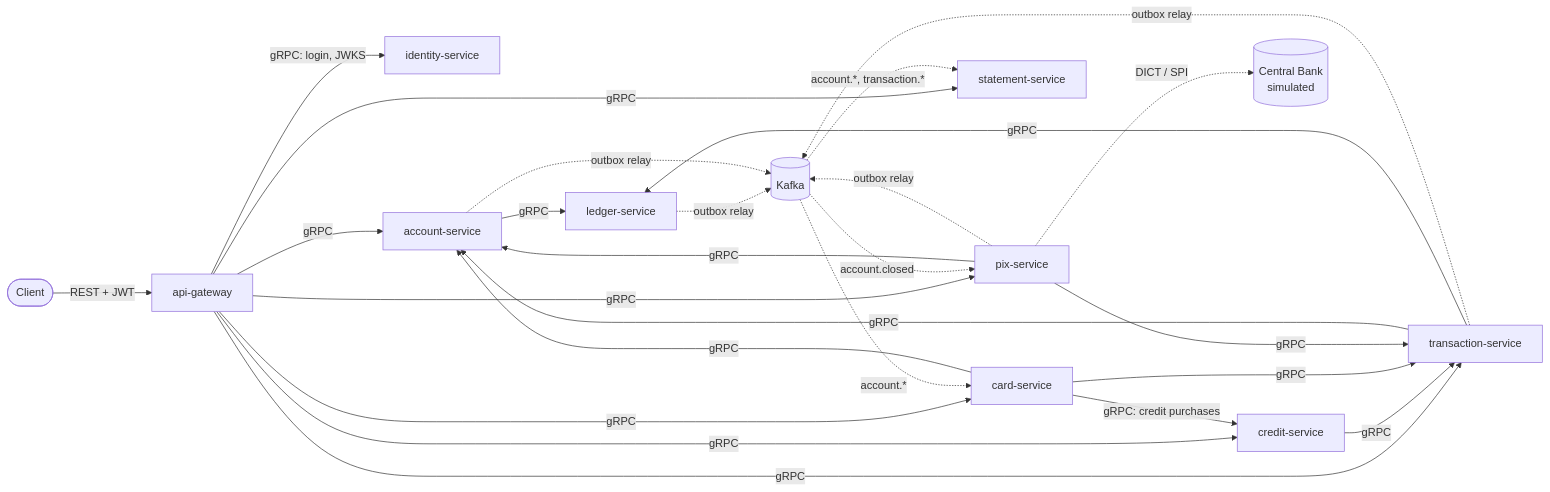
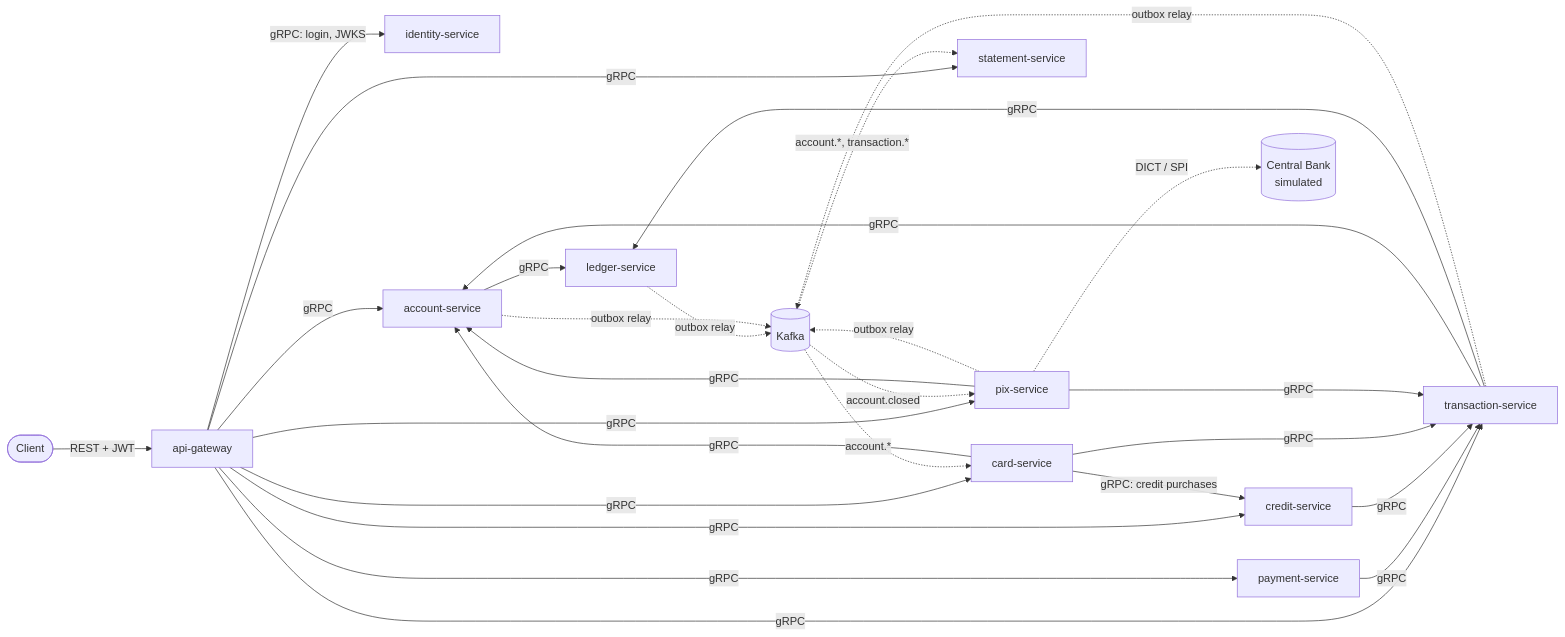
One commit to ViniciusMicarelli/digital-bank-platform changed the diagram in README.md. Above: the diagram before and after it, drawn with Mermaid. The commit also changed other lines of this file and 46 other files, not shown here.

````diff
--- a/README.md
+++ b/README.md
@@ -16,26 +16,28 @@
 ```mermaid
 flowchart LR
     C([Client]) -->|REST + JWT| GW[api-gateway]
     GW -->|gRPC: login, JWKS| IDN[identity-service]
     GW -->|gRPC| ACC[account-service]
     GW -->|gRPC| TRX[transaction-service]
     GW -->|gRPC| PIX[pix-service]
     GW -->|gRPC| STM[statement-service]
     GW -->|gRPC| CRD[card-service]
     GW -->|gRPC| CRE[credit-service]
+    GW -->|gRPC| PAY[payment-service]
+    PAY -->|gRPC| TRX
     CRD -->|gRPC: credit purchases| CRE
     CRE -->|gRPC| TRX
     CRD -->|gRPC| TRX
     CRD -->|gRPC| ACC
     PIX -->|gRPC| TRX
     PIX -->|gRPC| ACC
     PIX -.->|DICT / SPI| BCB[(Central Bank<br/>simulated)]
     TRX -->|gRPC| ACC
     TRX -->|gRPC| LED[ledger-service]
     ACC -->|gRPC| LED
 
     LED & ACC & TRX & PIX -.->|outbox relay| K[(Kafka)]
     K -.->|account.*, transaction.*| STM
     K -.->|account.closed| PIX
     K -.->|account.*| CRD
 ```
````
